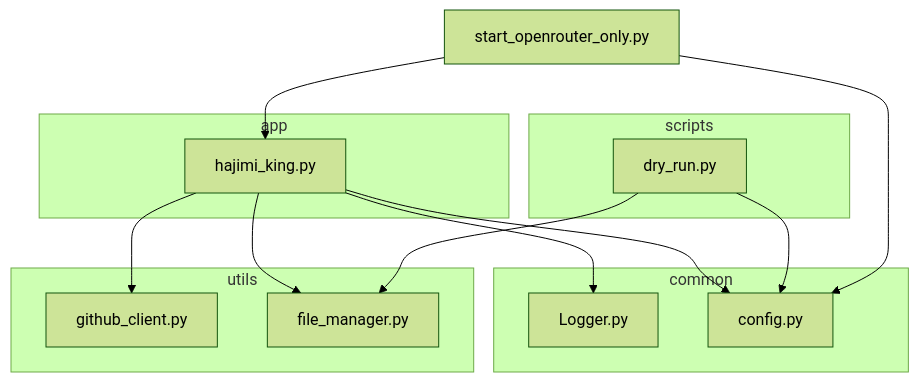
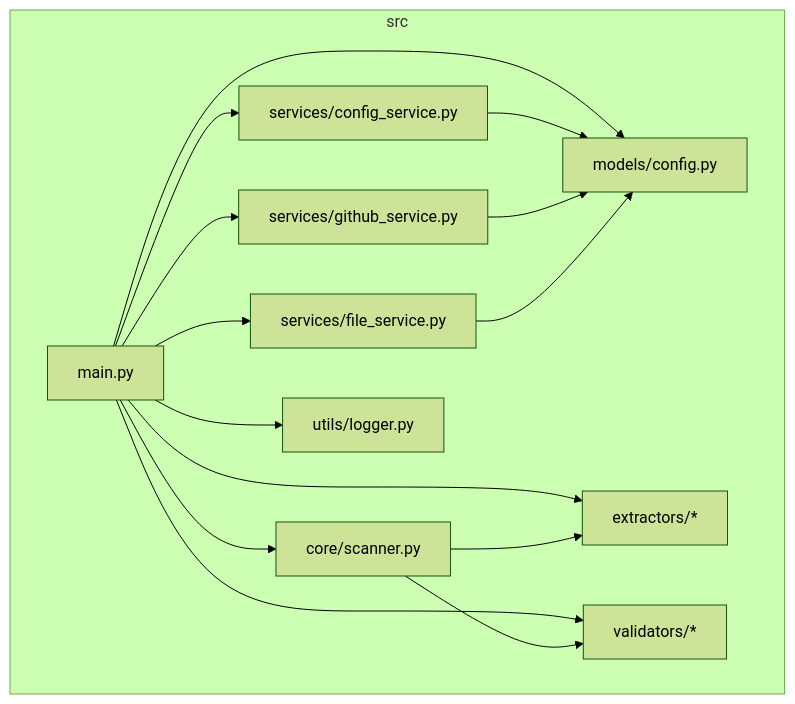
One commit to james-6-23/APIKEY-king changed the first of 12 diagrams in .qoder/repowiki/zh/content/开发者指南/开发者指南.md. Above: the diagram before and after it, drawn with Mermaid (forest theme). The commit also changed other lines of this file and 49 other files, not shown here.

````diff
--- a/.qoder/repowiki/zh/content/开发者指南/开发者指南.md
+++ b/.qoder/repowiki/zh/content/开发者指南/开发者指南.md
@@ -36,25 +39,27 @@
 ```mermaid
 graph TB
-subgraph "app"
-A[hajimi_king.py]
-end
-subgraph "common"
-B[Logger.py]
-C[config.py]
-end
-subgraph "utils"
-D[github_client.py]
-E[file_manager.py]
-end
-subgraph "scripts"
-F[dry_run.py]
+subgraph "src"
+A[main.py]
+B[core/scanner.py]
+C[models/config.py]
+D[services/config_service.py]
+E[services/github_service.py]
+F[services/file_service.py]
+G[extractors/*]
+H[validators/*]
+I[utils/logger.py]
 end
 A --> B
 A --> C
 A --> D
 A --> E
+A --> F
+A --> G
+A --> H
+A --> I
+B --> G
+B --> H
+D --> C
+E --> C
 F --> C
-F --> E
-G[start_openrouter_only.py] --> A
-G --> C
 ```
````
